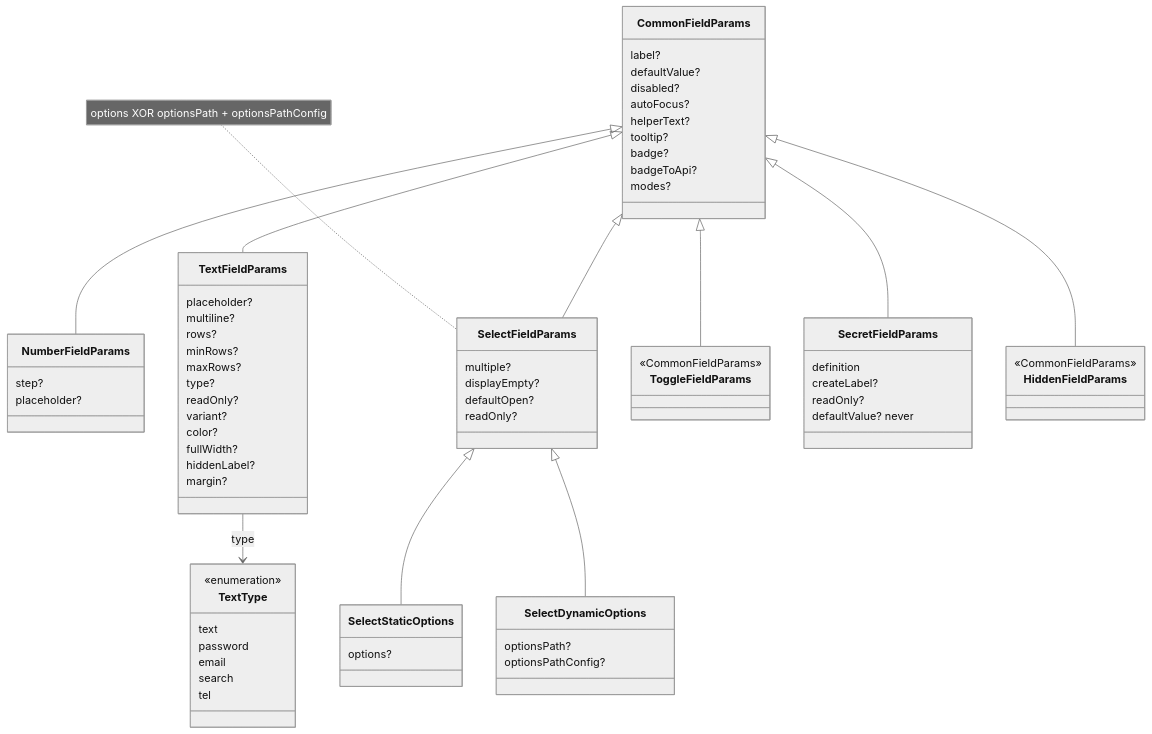
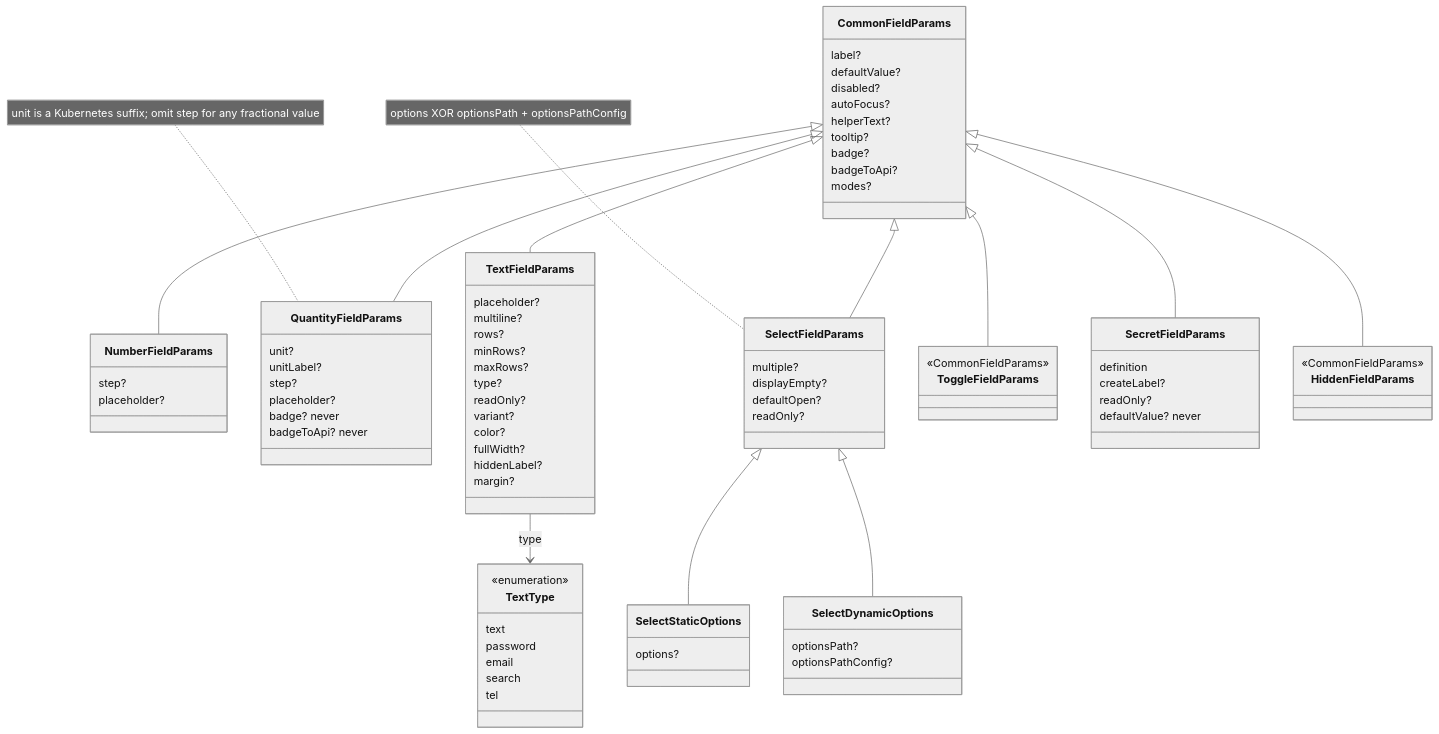
The fifth of 6 diagrams in docs/ui/architecture/ui-generator/schema-reference.md (openeverest/openeverest), drawn with Mermaid (neutral theme) before and after one commit. The commit also changed other lines of this file and 34 other files, not shown here.

First line of the commit message:
feat: ui field type `quantity` (#3522)

````diff
--- a/docs/ui/architecture/ui-generator/schema-reference.md
+++ b/docs/ui/architecture/ui-generator/schema-reference.md
@@ -105,6 +105,14 @@
   class NumberFieldParams {
     step?
     placeholder?
+  }
+  class QuantityFieldParams {
+    unit?
+    unitLabel?
+    step?
+    placeholder?
+    badge? never
+    badgeToApi? never
   }
   class TextFieldParams {
     placeholder?
@@ -154,6 +162,7 @@
     <<CommonFieldParams>>
   }
   CommonFieldParams <|-- NumberFieldParams
+  CommonFieldParams <|-- QuantityFieldParams
   CommonFieldParams <|-- TextFieldParams
   CommonFieldParams <|-- SelectFieldParams
   CommonFieldParams <|-- ToggleFieldParams
@@ -163,4 +172,5 @@
   SelectFieldParams <|-- SelectStaticOptions
   SelectFieldParams <|-- SelectDynamicOptions
   note for SelectFieldParams "options XOR optionsPath + optionsPathConfig"
+  note for QuantityFieldParams "unit is a Kubernetes suffix; omit step for any fractional value"
 ```
````
